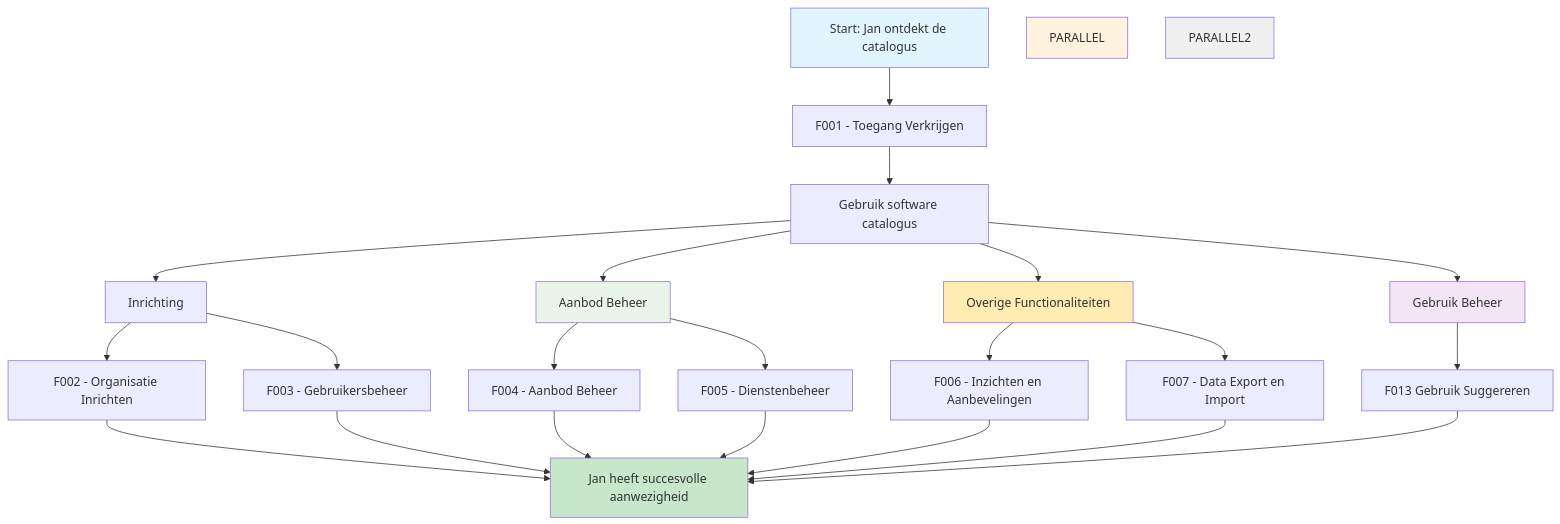
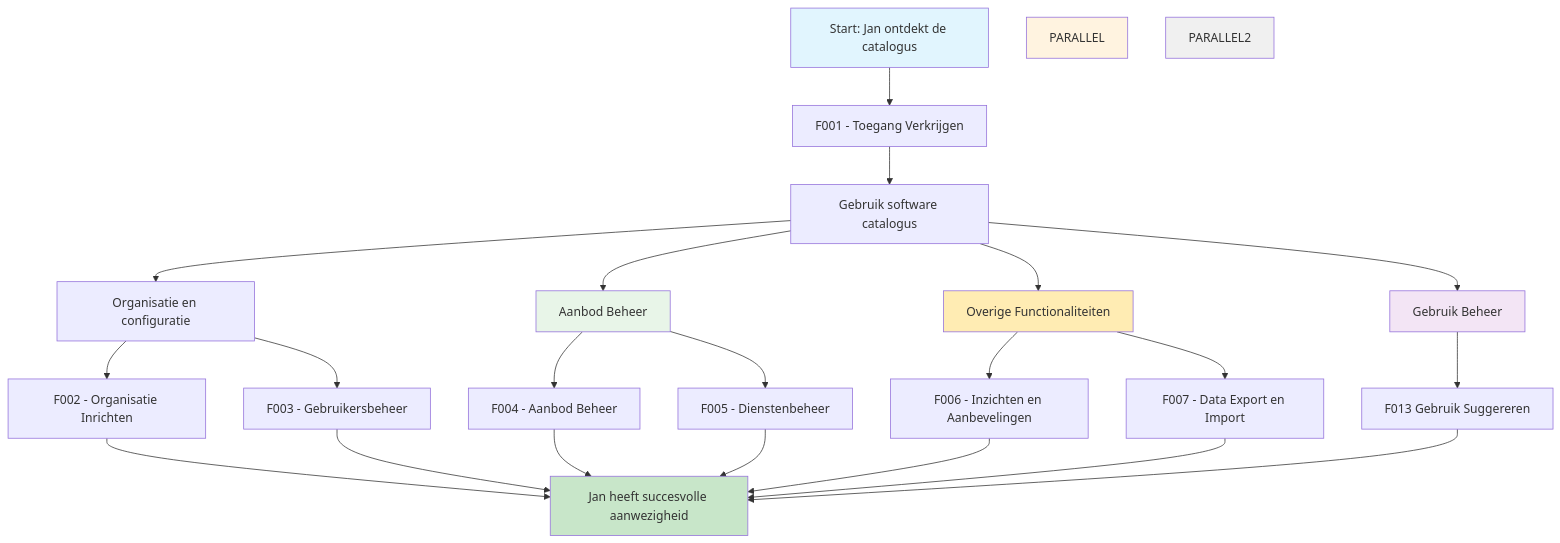
The diagram in website/docs/Klantreizen/klantreis_leverancier.md (VNG-Realisatie/Softwarecatalogus), drawn with Mermaid before and after one commit.

Commit message:
Remove a bit of old cold

````diff
--- a/website/docs/Klantreizen/klantreis_leverancier.md
+++ b/website/docs/Klantreizen/klantreis_leverancier.md
@@ -43,44 +43,44 @@
 ```mermaid
 flowchart TD
     A[Start: Jan ontdekt de catalogus] --> F001[F001 - Toegang Verkrijgen]
     F001 --> GEBRUIK[Gebruik software catalogus]
 
     
     %% Parallelle activiteiten na basis inrichting
     
     %% Aanbod beheer (parallel)
-    GEBRUIK --> INRICHTING[Inrichting]
+    GEBRUIK --> INRICHTING[Organisatie en configuratie]
     INRICHTING --> F002[F002 - Organisatie Inrichten]
     INRICHTING --> F003[F003 - Gebruikersbeheer]
 
     %% Aanbod beheer (parallel)
     GEBRUIK --> AANBOD[Aanbod Beheer]
     AANBOD --> F004[F004 - Aanbod Beheer]
     AANBOD --> F005[F005 - Dienstenbeheer]
     
     %% Klant beheer (parallel)
     GEBRUIK --> KLANT[Gebruik Beheer]
     KLANT --> F013[F013 Gebruik Suggereren]
     
     %% Overige functionaliteiten (parallel)
     GEBRUIK --> OVERIG[Overige Functionaliteiten]
     OVERIG --> F006[F006 - Inzichten en Aanbevelingen]
     OVERIG --> F007[F007 - Data Export en Import]
     
     F002 --> END[Jan heeft succesvolle aanwezigheid]
     F003 --> END
     F004 --> END
     F005 --> END
     F006 --> END
     F007 --> END
     F013 --> END
     
     %% Styling
     style A fill:#e1f5fe
     style END fill:#c8e6c9
     style PARALLEL fill:#fff3e0
     style PARALLEL2 fill:#f0f0f0
     style AANBOD fill:#e8f5e8
     style KLANT fill:#f3e5f5
     style OVERIG fill:#ffecb3
 ```
````
